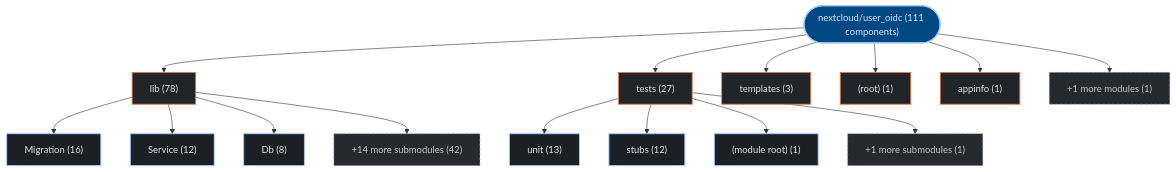
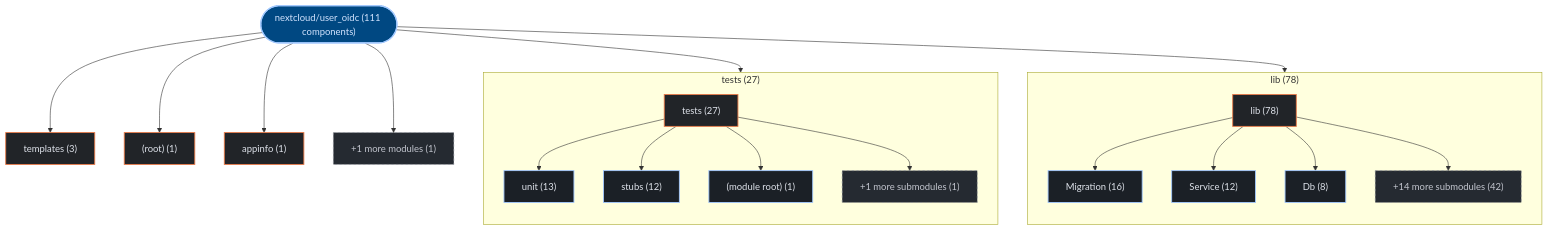
The first of 3 diagrams in exports/latest/reports/nextcloud-user_oidc-report.md (kumarshaz/atruss-code-atlas), drawn with Mermaid before and after one commit. The commit also changed 178 other files, not shown here.

Commit message:
feat(ui,mermaid): upgrade to mermaid v12 + ELK layout, add orgs-summary + pagination, subgraph building blocks, fix tab alignment

````diff
--- a/exports/latest/reports/nextcloud-user_oidc-report.md
+++ b/exports/latest/reports/nextcloud-user_oidc-report.md
@@ -42,39 +42,45 @@
 ```mermaid
 graph TD;
   classDef atlasRoot fill:#004882,stroke:#a3c9ff,stroke-width:2px,color:#d3e4ff
   classDef atlasCategory fill:#212428,stroke:#E87A48,stroke-width:1.5px,color:#dfe3eb
   classDef atlasWorkflow fill:#1b2026,stroke:#a3c9ff,stroke-width:1.5px,color:#dfe3eb
   classDef atlasJob fill:#171c22,stroke:#8d9199,stroke-width:1px,color:#dfe3eb
   classDef atlasTarget fill:#005227,stroke:#8bd99b,stroke-width:1.5px,color:#a7f6b6
   classDef atlasAlert fill:#93000a,stroke:#ffb4ab,stroke-width:1.5px,color:#ffdad6
   classDef atlasMore fill:#252a31,stroke:#8d9199,stroke-dasharray:4 4,color:#c3c6cf
     repo_root(["nextcloud/user_oidc (111 components)"]):::atlasRoot
-    dir_0_lib["lib (78)"]:::atlasCategory
+    subgraph sg_dir_0_lib["lib (78)"]
+      direction TB
+      dir_0_lib["lib (78)"]:::atlasCategory
+      sub_0_0_Migration["Migration (16)"]:::atlasWorkflow
+      dir_0_lib --> sub_0_0_Migration
+      sub_0_1_Service["Service (12)"]:::atlasWorkflow
+      dir_0_lib --> sub_0_1_Service
+      sub_0_2_Db["Db (8)"]:::atlasWorkflow
+      dir_0_lib --> sub_0_2_Db
+      sub_0_more["+14 more submodules (42)"]:::atlasMore
+      dir_0_lib --> sub_0_more
+    end
     repo_root --> dir_0_lib
-    sub_0_0_Migration["Migration (16)"]:::atlasWorkflow
-    dir_0_lib --> sub_0_0_Migration
-    sub_0_1_Service["Service (12)"]:::atlasWorkflow
-    dir_0_lib --> sub_0_1_Service
-    sub_0_2_Db["Db (8)"]:::atlasWorkflow
-    dir_0_lib --> sub_0_2_Db
-    sub_0_more["+14 more submodules (42)"]:::atlasMore
-    dir_0_lib --> sub_0_more
-    dir_1_tests["tests (27)"]:::atlasCategory
+    subgraph sg_dir_1_tests["tests (27)"]
+      direction TB
+      dir_1_tests["tests (27)"]:::atlasCategory
+      sub_1_0_unit["unit (13)"]:::atlasWorkflow
+      dir_1_tests --> sub_1_0_unit
+      sub_1_1_stubs["stubs (12)"]:::atlasWorkflow
+      dir_1_tests --> sub_1_1_stubs
+      sub_1_2__module_root_["(module root) (1)"]:::atlasWorkflow
+      dir_1_tests --> sub_1_2__module_root_
+      sub_1_more["+1 more submodules (1)"]:::atlasMore
+      dir_1_tests --> sub_1_more
+    end
     repo_root --> dir_1_tests
-    sub_1_0_unit["unit (13)"]:::atlasWorkflow
-    dir_1_tests --> sub_1_0_unit
-    sub_1_1_stubs["stubs (12)"]:::atlasWorkflow
-    dir_1_tests --> sub_1_1_stubs
-    sub_1_2__module_root_["(module root) (1)"]:::atlasWorkflow
-    dir_1_tests --> sub_1_2__module_root_
-    sub_1_more["+1 more submodules (1)"]:::atlasMore
-    dir_1_tests --> sub_1_more
     dir_2_templates["templates (3)"]:::atlasCategory
     repo_root --> dir_2_templates
     dir_3__root_["(root) (1)"]:::atlasCategory
     repo_root --> dir_3__root_
     dir_4_appinfo["appinfo (1)"]:::atlasCategory
     repo_root --> dir_4_appinfo
     dir_other_modules["+1 more modules (1)"]:::atlasMore
     repo_root --> dir_other_modules
 ```
````
